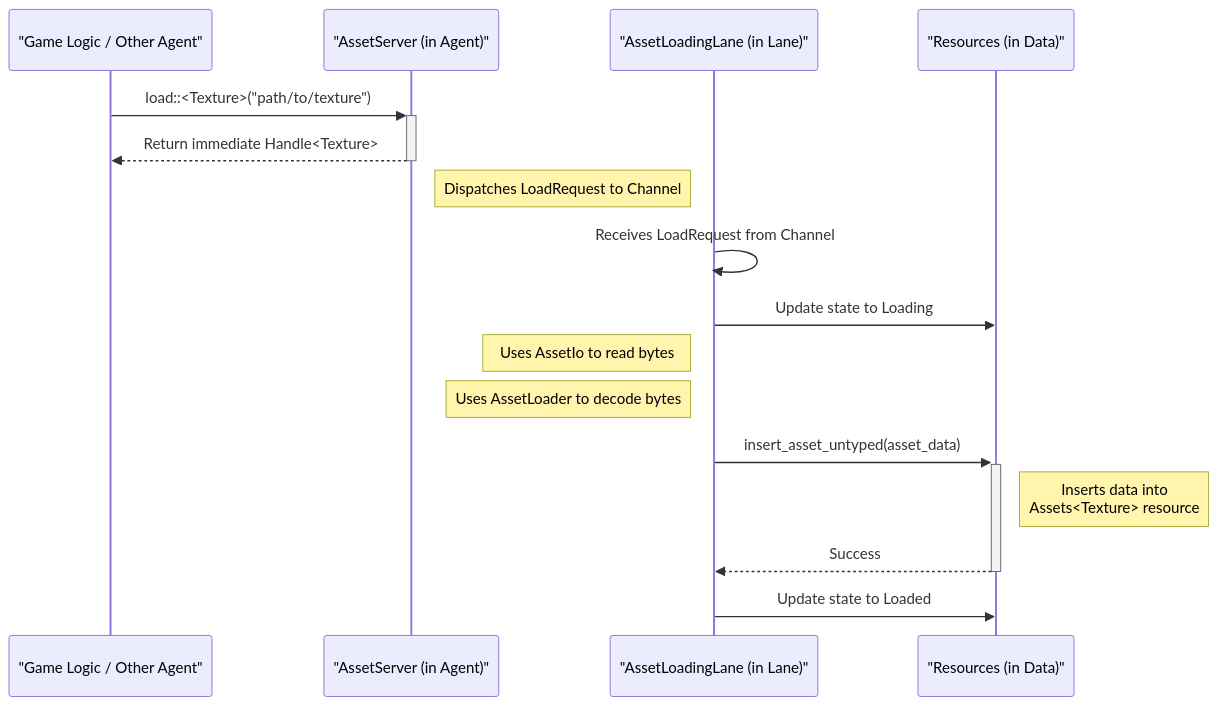
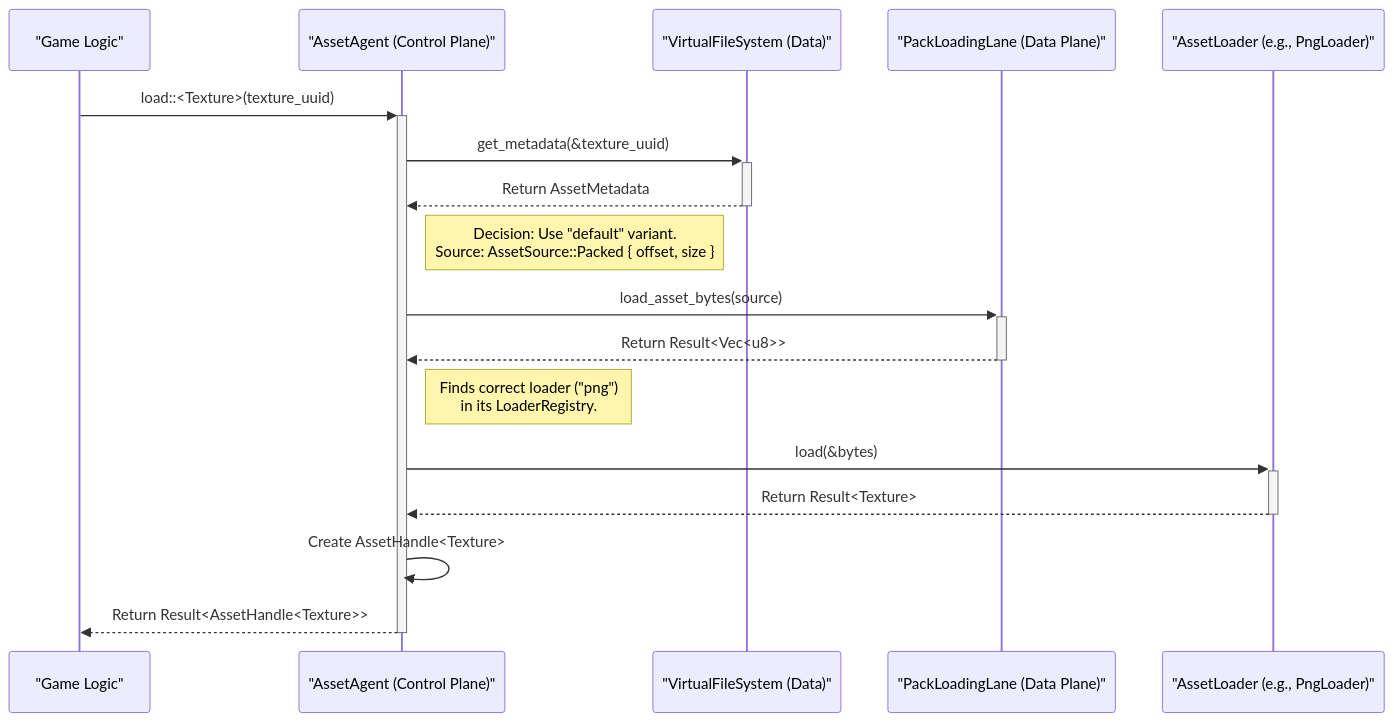
One commit to eraflo/KhoraEngine changed the diagram in docs/src/07_asset_architecture_vfs.md. Above: the diagram before and after it, drawn with Mermaid. The commit also changed other lines of this file and 24 other files, not shown here.

````diff
--- a/docs/src/07_asset_architecture_vfs.md
+++ b/docs/src/07_asset_architecture_vfs.md
@@ -37,20 +40,20 @@
 ```mermaid
 sequenceDiagram
-    participant GameLogic as "Game Logic / Other Agent"
-    participant AssetServer as "AssetServer (in Agent)"
-    participant AssetLane as "AssetLoadingLane (in Lane)"
-    participant Resources as "Resources (in Data)"
+    participant GameLogic as "Game Logic"
+    participant AssetAgent as "AssetAgent (Control Plane)"
+    participant VFS as "VirtualFileSystem (Data)"
+    participant PackLane as "PackLoadingLane (Data Plane)"
+    participant Loader as "AssetLoader (e.g., PngLoader)"
 
-    GameLogic->>+AssetServer: load::<Texture>("path/to/texture")
-    AssetServer-->>-GameLogic: Return immediate Handle<Texture>
-    Note right of AssetServer: Dispatches LoadRequest to Channel
-    
-    AssetLane->>AssetLane: Receives LoadRequest from Channel
-    AssetLane->>Resources: Update state to Loading
-    Note left of AssetLane: Uses AssetIo to read bytes
-    Note left of AssetLane: Uses AssetLoader to decode bytes
-    AssetLane->>+Resources: insert_asset_untyped(asset_data)
-    Note right of Resources: Inserts data into<br/>Assets<Texture> resource
-    Resources-->>-AssetLane: Success
-    AssetLane->>Resources: Update state to Loaded
+    GameLogic->>+AssetAgent: load::<Texture>(texture_uuid)
+    AssetAgent->>+VFS: get_metadata(&texture_uuid)
+    VFS-->>-AssetAgent: Return AssetMetadata
+    Note right of AssetAgent: Decision: Use "default" variant.<br/>Source: AssetSource::Packed { offset, size }
+    AssetAgent->>+PackLane: load_asset_bytes(source)
+    PackLane-->>-AssetAgent: Return Result<Vec<u8>>
+    Note right of AssetAgent: Finds correct loader ("png")<br/>in its LoaderRegistry.
+    AssetAgent->>+Loader: load(&bytes)
+    Loader-->>-AssetAgent: Return Result<Texture>
+    AssetAgent->>AssetAgent: Create AssetHandle<Texture>
+    AssetAgent-->>-GameLogic: Return Result<AssetHandle<Texture>>
 ```
````
